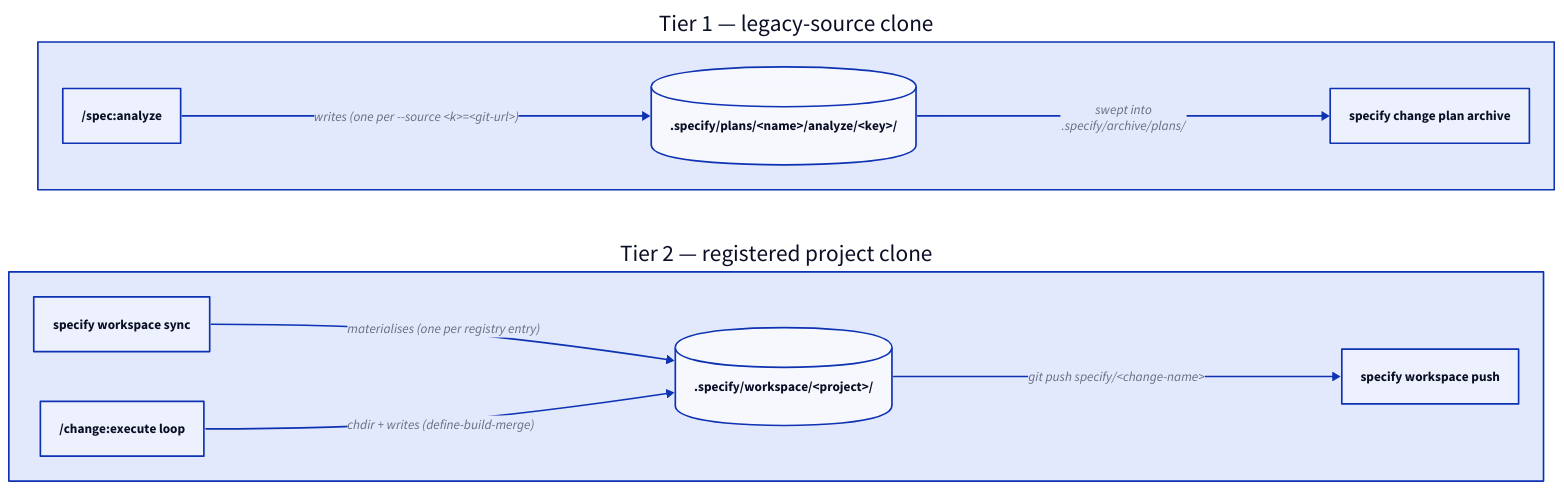
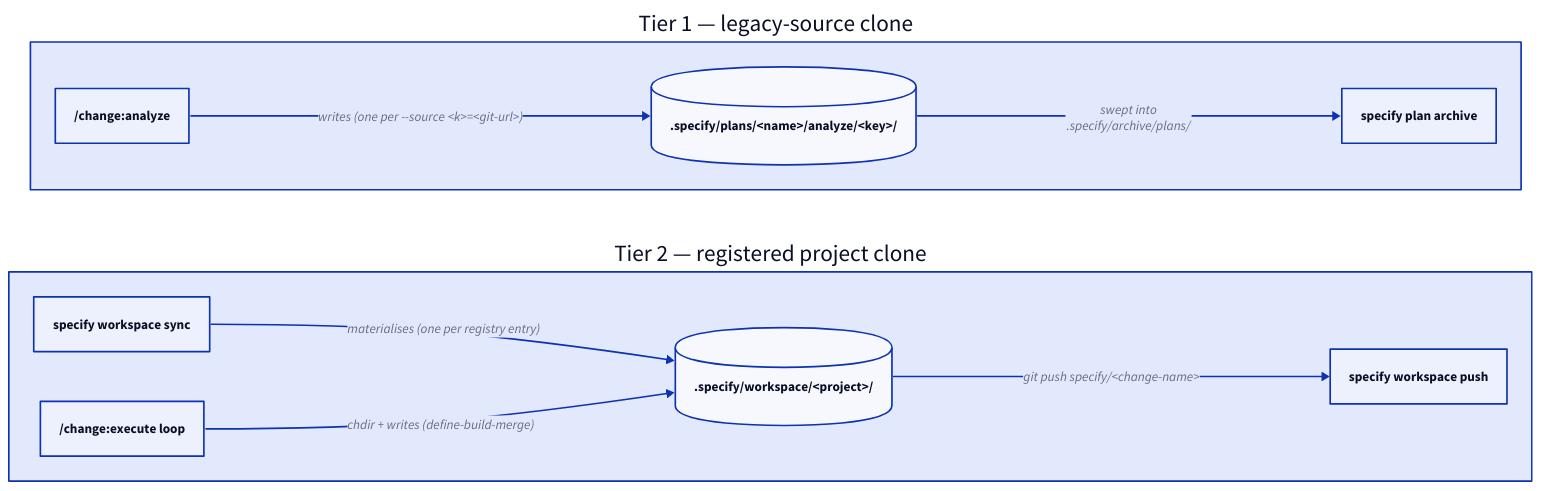
The diagram in docs/explanation/workspace-tiers.md (augentic/anvil), drawn with D2 before and after one commit. The commit also changed other lines of this file and 331 other files, not shown here.

````diff
--- a/docs/explanation/workspace-tiers.md
+++ b/docs/explanation/workspace-tiers.md
@@ -55,23 +55,23 @@
 ```d2
 direction: right
 
 tier1: "Tier 1 — legacy-source clone" {
   shape: rectangle
   loc: ".specify/plans/<name>/analyze/<key>/" {shape: cylinder}
-  analyze: "/spec:analyze" {shape: rectangle}
-  archive: "specify change plan archive" {shape: rectangle}
+  analyze: "/change:analyze" {shape: rectangle}
+  archive: "specify plan archive" {shape: rectangle}
   analyze -> loc: "writes (one per --source <k>=<git-url>)"
   loc -> archive: "swept into\n.specify/archive/plans/"
 }
 
 tier2: "Tier 2 — registered project clone" {
   shape: rectangle
   loc: ".specify/workspace/<project>/" {shape: cylinder}
   sync: "specify workspace sync" {shape: rectangle}
   execute: "/change:execute loop" {shape: rectangle}
   push: "specify workspace push" {shape: rectangle}
   sync -> loc: "materialises (one per registry entry)"
   execute -> loc: "chdir + writes (define-build-merge)"
   loc -> push: "git push specify/<change-name>"
 }
 ```
````
